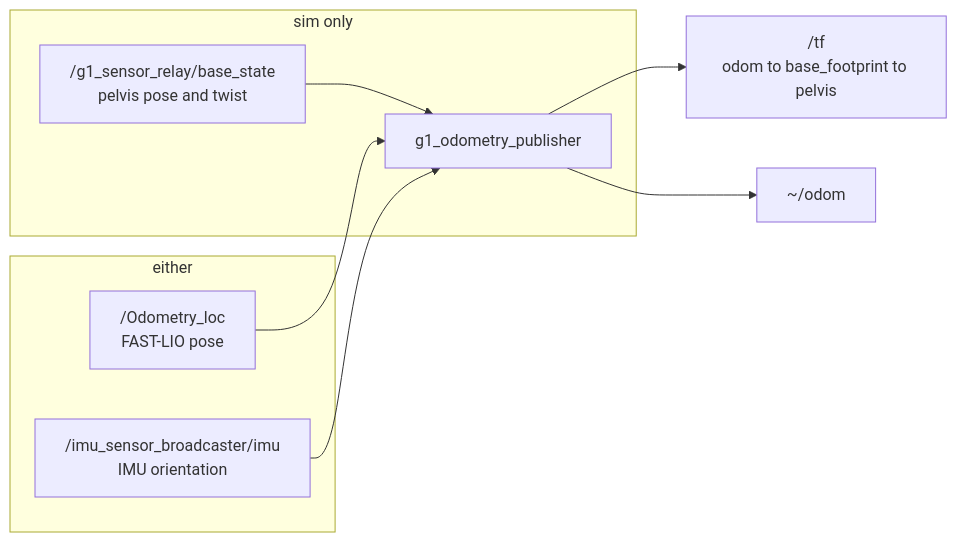
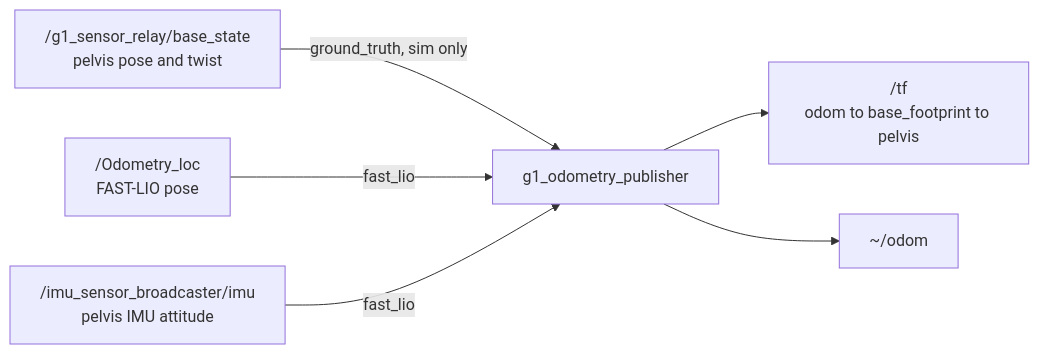
One commit to Adyansh04/grove-g1 changed the diagram in workspace/src/g1_state_estimation/README.md. Above: the diagram before and after it, drawn with Mermaid. The commit also changed other lines of this file and 107 other files, not shown here.

````diff
--- a/workspace/src/g1_state_estimation/README.md
+++ b/workspace/src/g1_state_estimation/README.md
@@ -9,12 +10,8 @@
 ```mermaid
 flowchart LR
-    subgraph sim only
-        SM["/g1_sensor_relay/base_state<br/>pelvis pose and twist"] --> N
-    end
-    subgraph either
-        LO["/Odometry_loc<br/>FAST-LIO pose"] --> N
-        LS["/imu_sensor_broadcaster/imu<br/>IMU orientation"] --> N
-    end
+    SM["/g1_sensor_relay/base_state<br/>pelvis pose and twist"] -- "ground_truth, sim only" --> N
+    LO["/Odometry_loc<br/>FAST-LIO pose"] -- fast_lio --> N
+    LS["/imu_sensor_broadcaster/imu<br/>pelvis IMU attitude"] -- fast_lio --> N
     N["g1_odometry_publisher"] --> TF["/tf<br/>odom to base_footprint to pelvis"]
     N --> OD["~/odom"]
 ```
````
